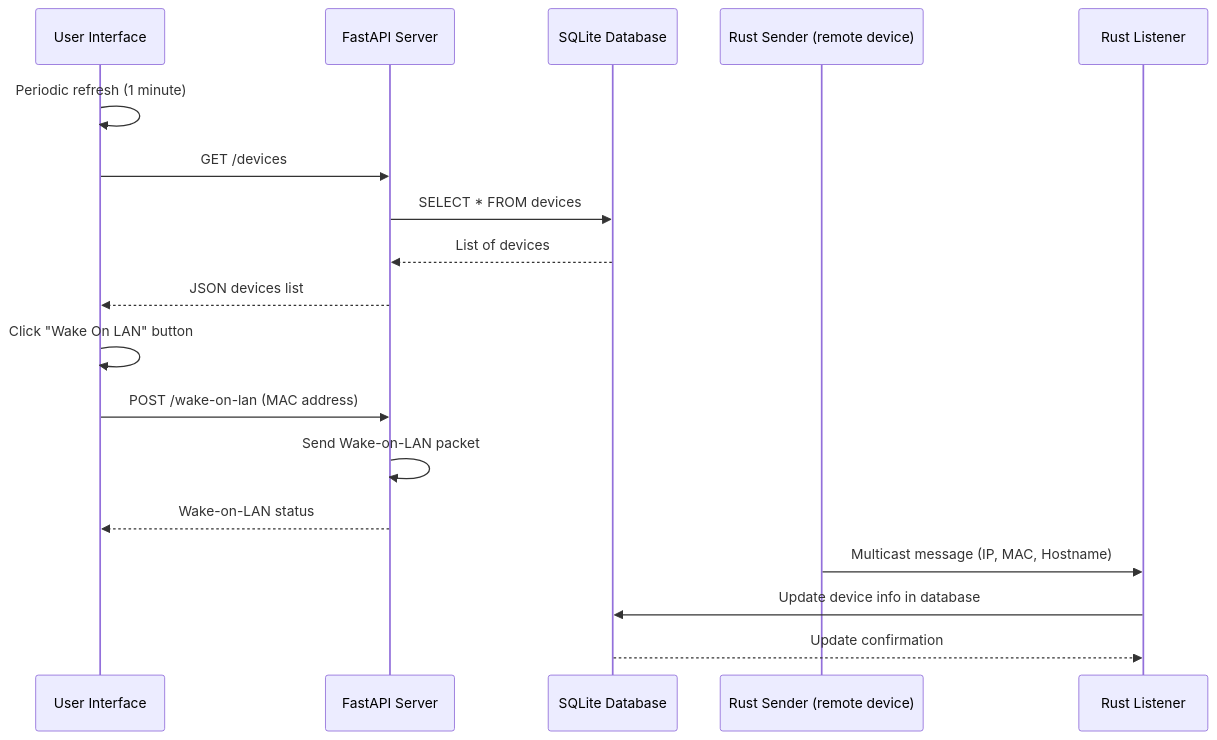
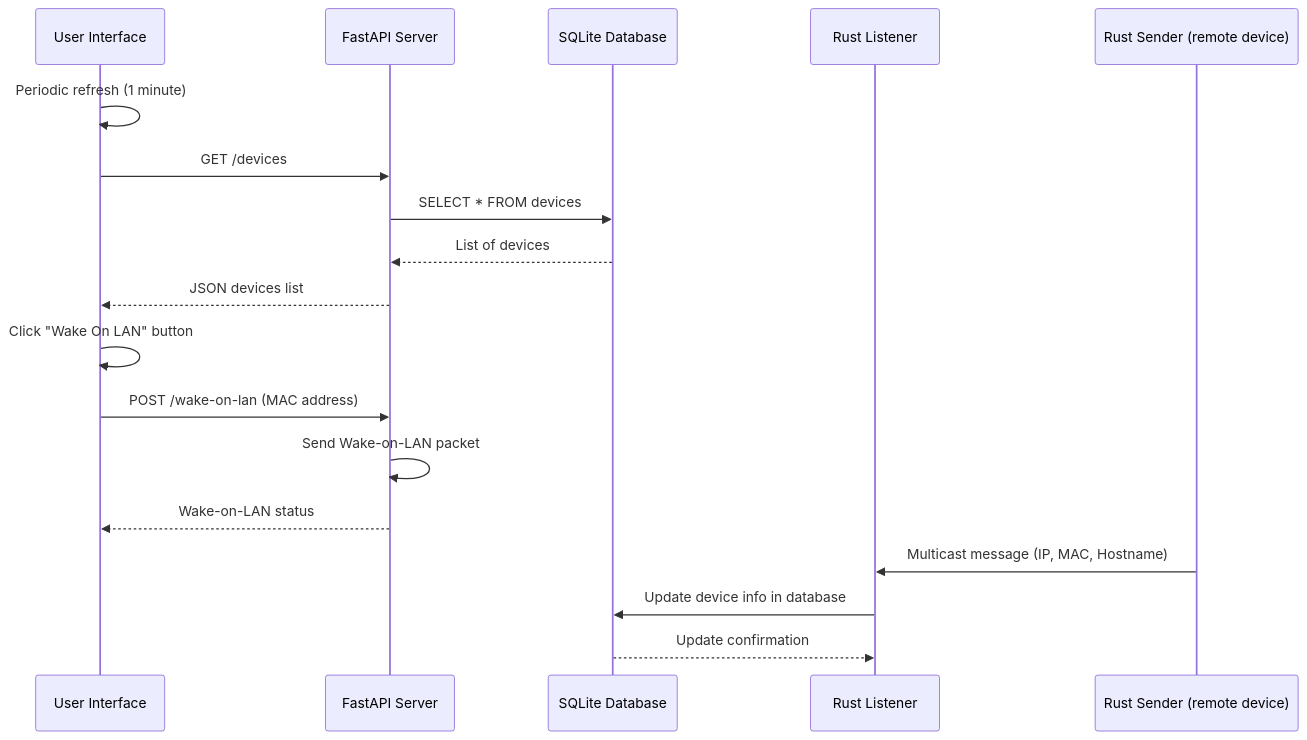
One commit to t-ob/devices changed the diagram in readme.md. Above: the diagram before and after it, drawn with Mermaid. The commit also changed other lines of this file, not shown here.

````diff
--- a/readme.md
+++ b/readme.md
@@ -5,23 +5,23 @@
 ```mermaid
 sequenceDiagram
     participant UI as User Interface
     participant API as FastAPI Server
     participant DB as SQLite Database
+    participant Listener as Rust Listener
     participant Sender as Rust Sender (remote device)
-    participant Listener as Rust Listener
 
     UI->>UI: Periodic refresh (1 minute)
     UI->>API: GET /devices
     API->>DB: SELECT * FROM devices
     DB-->>API: List of devices
     API-->>UI: JSON devices list
 
     UI->>UI: Click "Wake On LAN" button
     UI->>API: POST /wake-on-lan (MAC address)
     API->>API: Send Wake-on-LAN packet
     API-->>UI: Wake-on-LAN status
 
     Sender->>Listener: Multicast message (IP, MAC, Hostname)
     Listener->>DB: Update device info in database
     DB-->>Listener: Update confirmation
 ```
````
